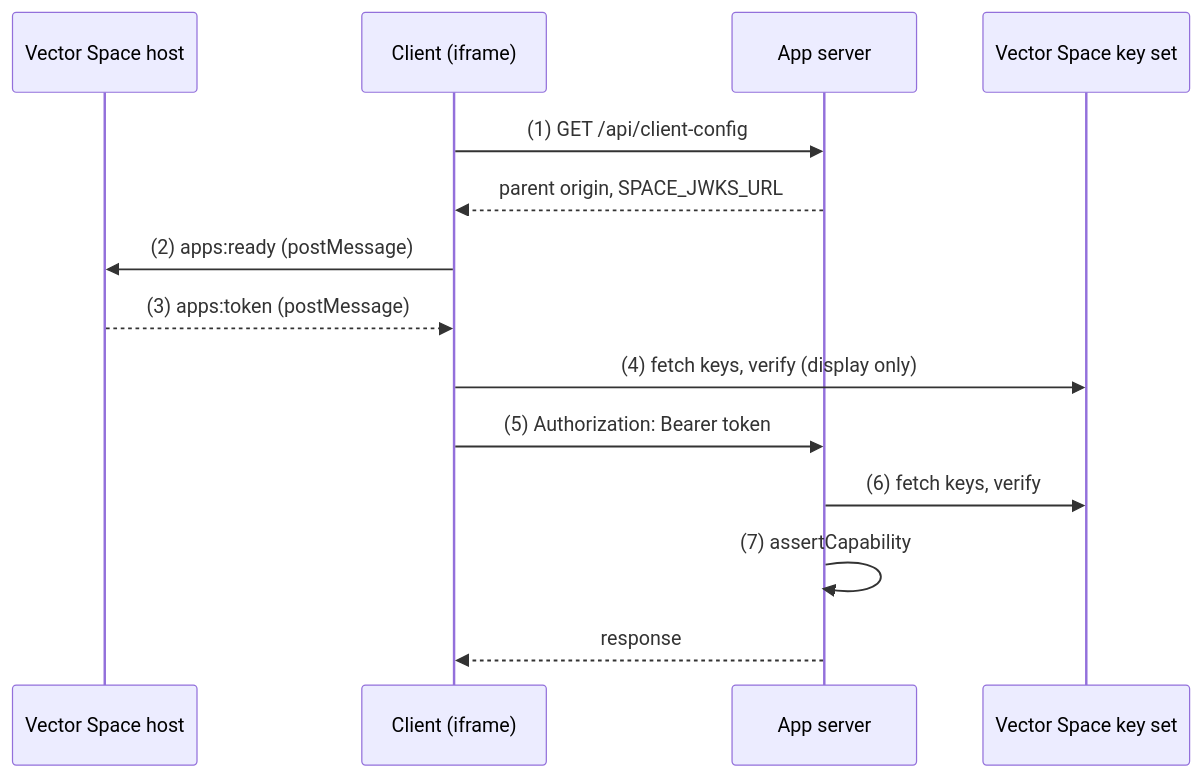
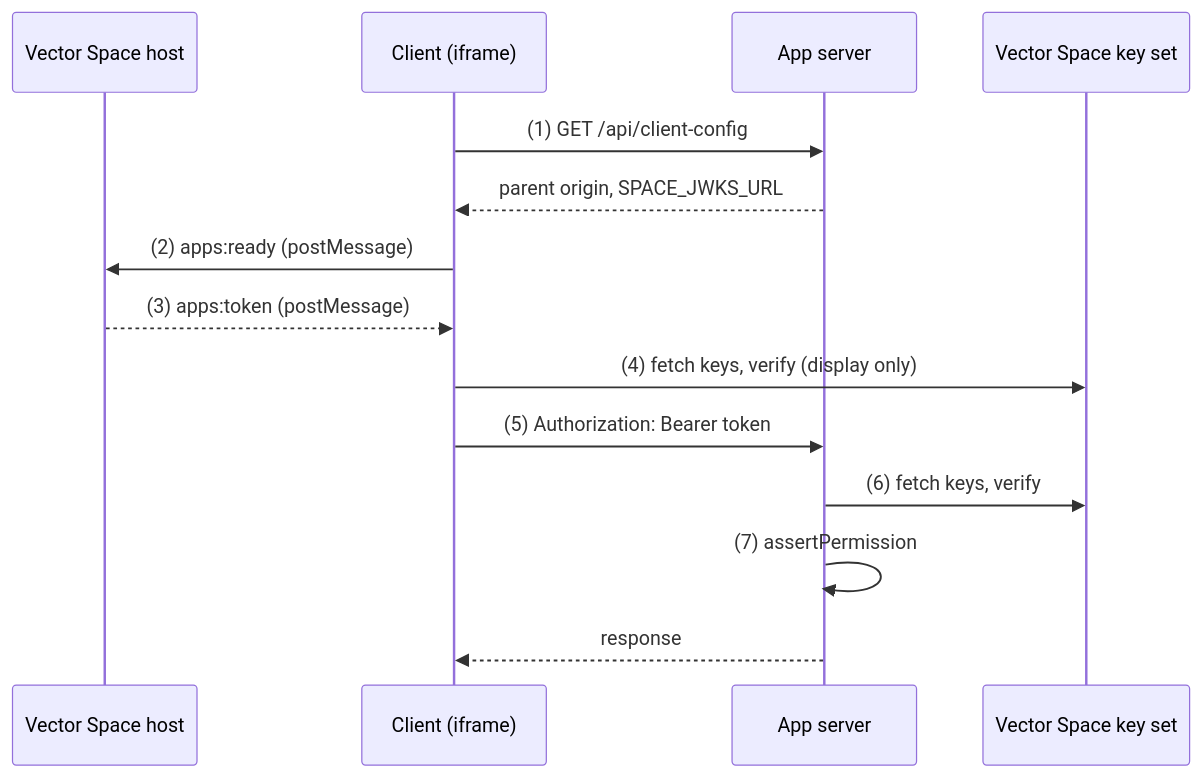
One commit to VectorAgents/vs-apps-docs changed the second of 2 diagrams in docs/vector-apps/quickstart.md. Above: the diagram before and after it, drawn with Mermaid. The commit also changed other lines of this file and 30 other files, not shown here.

````diff
--- a/docs/vector-apps/quickstart.md
+++ b/docs/vector-apps/quickstart.md
@@ -596,18 +568,18 @@
 ```mermaid
 sequenceDiagram
   accTitle: How the token travels
   accDescr: Vector Space mints a token and posts it to the client. The client sends it to the app server, which verifies it against the Vector Space key set.
   participant H as Vector Space host
   participant C as Client (iframe)
   participant S as App server
   participant K as Vector Space key set
   C->>S: (1) GET /api/client-config
   S-->>C: parent origin, SPACE_JWKS_URL
   C->>H: (2) apps:ready (postMessage)
   H-->>C: (3) apps:token (postMessage)
   C->>K: (4) fetch keys, verify (display only)
   C->>S: (5) Authorization: Bearer token
   S->>K: (6) fetch keys, verify
-  S->>S: (7) assertCapability
+  S->>S: (7) assertPermission
   S-->>C: response
 ```
````
